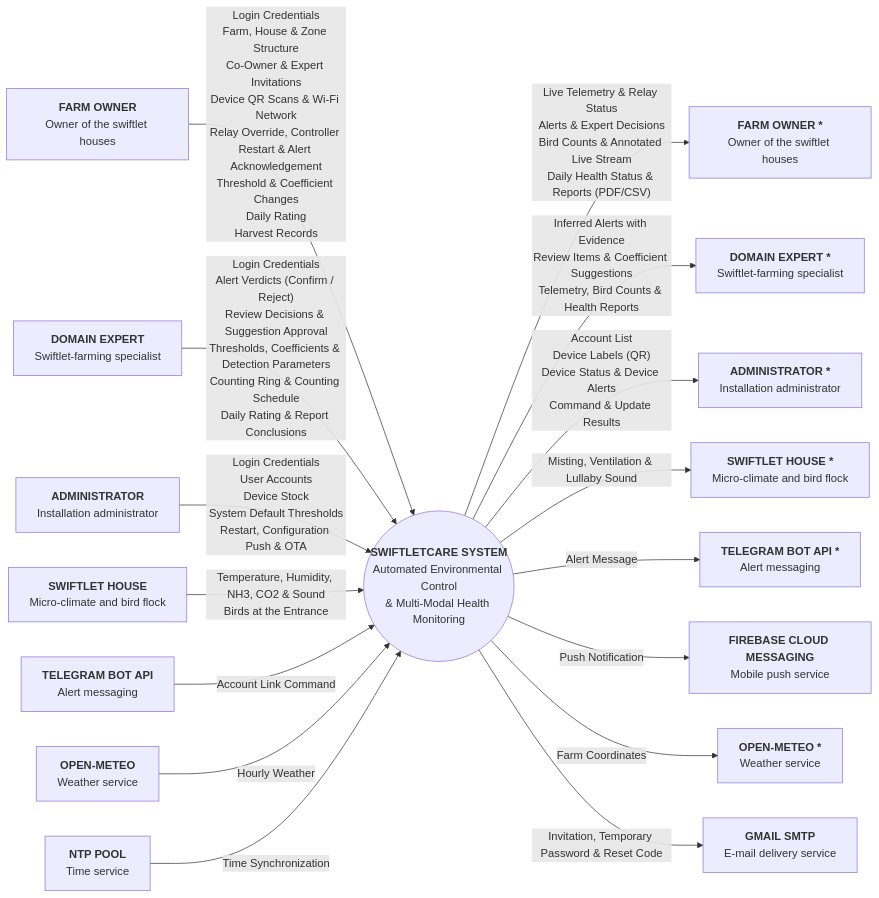
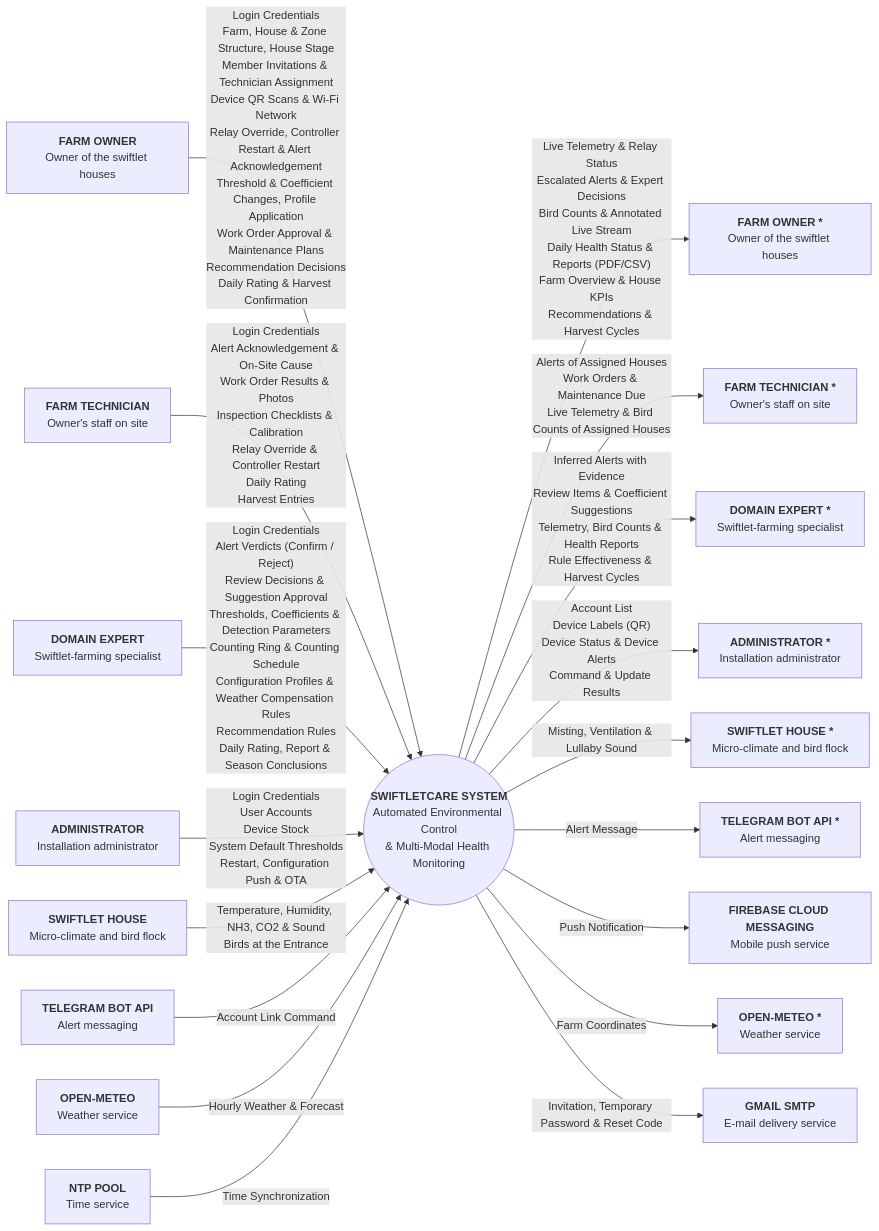
Before and after one commit to NBao261/SwiftletCare_KLTN: the first of 2 diagrams in docs/reports/report3-srs.md, drawn with Mermaid. The commit also changed other lines of this file, not shown here.

First line of the commit message:
docs(srs): Report 3 4.0.0 with the final scope of Review 2

````diff
--- a/docs/reports/report3-srs.md
+++ b/docs/reports/report3-srs.md
@@ -122,34 +133,38 @@
 ```mermaid
 flowchart LR
   FOi["<b>FARM OWNER</b><br/>Owner of the swiftlet houses"]
+  FTi["<b>FARM TECHNICIAN</b><br/>Owner's staff on site"]
   DEi["<b>DOMAIN EXPERT</b><br/>Swiftlet-farming specialist"]
   ADi["<b>ADMINISTRATOR</b><br/>Installation administrator"]
   SHi["<b>SWIFTLET HOUSE</b><br/>Micro-climate and bird flock"]
   TGi["<b>TELEGRAM BOT API</b><br/>Alert messaging"]
   OMi["<b>OPEN-METEO</b><br/>Weather service"]
   NTP["<b>NTP POOL</b><br/>Time service"]
   SYS(("<b>SWIFTLETCARE SYSTEM</b><br/>Automated Environmental Control<br/>& Multi-Modal Health Monitoring"))
   FOo["<b>FARM OWNER *</b><br/>Owner of the swiftlet houses"]
+  FTo["<b>FARM TECHNICIAN *</b><br/>Owner's staff on site"]
   DEo["<b>DOMAIN EXPERT *</b><br/>Swiftlet-farming specialist"]
   ADo["<b>ADMINISTRATOR *</b><br/>Installation administrator"]
   SHo["<b>SWIFTLET HOUSE *</b><br/>Micro-climate and bird flock"]
   TGo["<b>TELEGRAM BOT API *</b><br/>Alert messaging"]
   FCM["<b>FIREBASE CLOUD MESSAGING</b><br/>Mobile push service"]
   OMo["<b>OPEN-METEO *</b><br/>Weather service"]
   GM["<b>GMAIL SMTP</b><br/>E-mail delivery service"]
-  FOi -- "Login Credentials<br/>Farm, House & Zone Structure<br/>Co-Owner & Expert Invitations<br/>Device QR Scans & Wi-Fi Network<br/>Relay Override, Controller Restart & Alert Acknowledgement<br/>Threshold & Coefficient Changes<br/>Daily Rating<br/>Harvest Records" --> SYS
-  DEi -- "Login Credentials<br/>Alert Verdicts (Confirm / Reject)<br/>Review Decisions & Suggestion Approval<br/>Thresholds, Coefficients & Detection Parameters<br/>Counting Ring & Counting Schedule<br/>Daily Rating & Report Conclusions" --> SYS
+  FOi -- "Login Credentials<br/>Farm, House & Zone Structure, House Stage<br/>Member Invitations & Technician Assignment<br/>Device QR Scans & Wi-Fi Network<br/>Relay Override, Controller Restart & Alert Acknowledgement<br/>Threshold & Coefficient Changes, Profile Application<br/>Work Order Approval & Maintenance Plans<br/>Recommendation Decisions<br/>Daily Rating & Harvest Confirmation" --> SYS
+  FTi -- "Login Credentials<br/>Alert Acknowledgement & On-Site Cause<br/>Work Order Results & Photos<br/>Inspection Checklists & Calibration<br/>Relay Override & Controller Restart<br/>Daily Rating<br/>Harvest Entries" --> SYS
+  DEi -- "Login Credentials<br/>Alert Verdicts (Confirm / Reject)<br/>Review Decisions & Suggestion Approval<br/>Thresholds, Coefficients & Detection Parameters<br/>Counting Ring & Counting Schedule<br/>Configuration Profiles & Weather Compensation Rules<br/>Recommendation Rules<br/>Daily Rating, Report & Season Conclusions" --> SYS
   ADi -- "Login Credentials<br/>User Accounts<br/>Device Stock<br/>System Default Thresholds<br/>Restart, Configuration Push & OTA" --> SYS
   SHi -- "Temperature, Humidity, NH3, CO2 & Sound<br/>Birds at the Entrance" --> SYS
   TGi -- "Account Link Command" --> SYS
-  OMi -- "Hourly Weather" --> SYS
+  OMi -- "Hourly Weather & Forecast" --> SYS
   NTP -- "Time Synchronization" --> SYS
-  SYS -- "Live Telemetry & Relay Status<br/>Alerts & Expert Decisions<br/>Bird Counts & Annotated Live Stream<br/>Daily Health Status & Reports (PDF/CSV)" --> FOo
-  SYS -- "Inferred Alerts with Evidence<br/>Review Items & Coefficient Suggestions<br/>Telemetry, Bird Counts & Health Reports" --> DEo
+  SYS -- "Live Telemetry & Relay Status<br/>Escalated Alerts & Expert Decisions<br/>Bird Counts & Annotated Live Stream<br/>Daily Health Status & Reports (PDF/CSV)<br/>Farm Overview & House KPIs<br/>Recommendations & Harvest Cycles" --> FOo
+  SYS -- "Alerts of Assigned Houses<br/>Work Orders & Maintenance Due<br/>Live Telemetry & Bird Counts of Assigned Houses" --> FTo
+  SYS -- "Inferred Alerts with Evidence<br/>Review Items & Coefficient Suggestions<br/>Telemetry, Bird Counts & Health Reports<br/>Rule Effectiveness & Harvest Cycles" --> DEo
   SYS -- "Account List<br/>Device Labels (QR)<br/>Device Status & Device Alerts<br/>Command & Update Results" --> ADo
   SYS -- "Misting, Ventilation & Lullaby Sound" --> SHo
   SYS -- "Alert Message" --> TGo
   SYS -- "Push Notification" --> FCM
   SYS -- "Farm Coordinates" --> OMo
   SYS -- "Invitation, Temporary Password & Reset Code" --> GM
 ```
````
